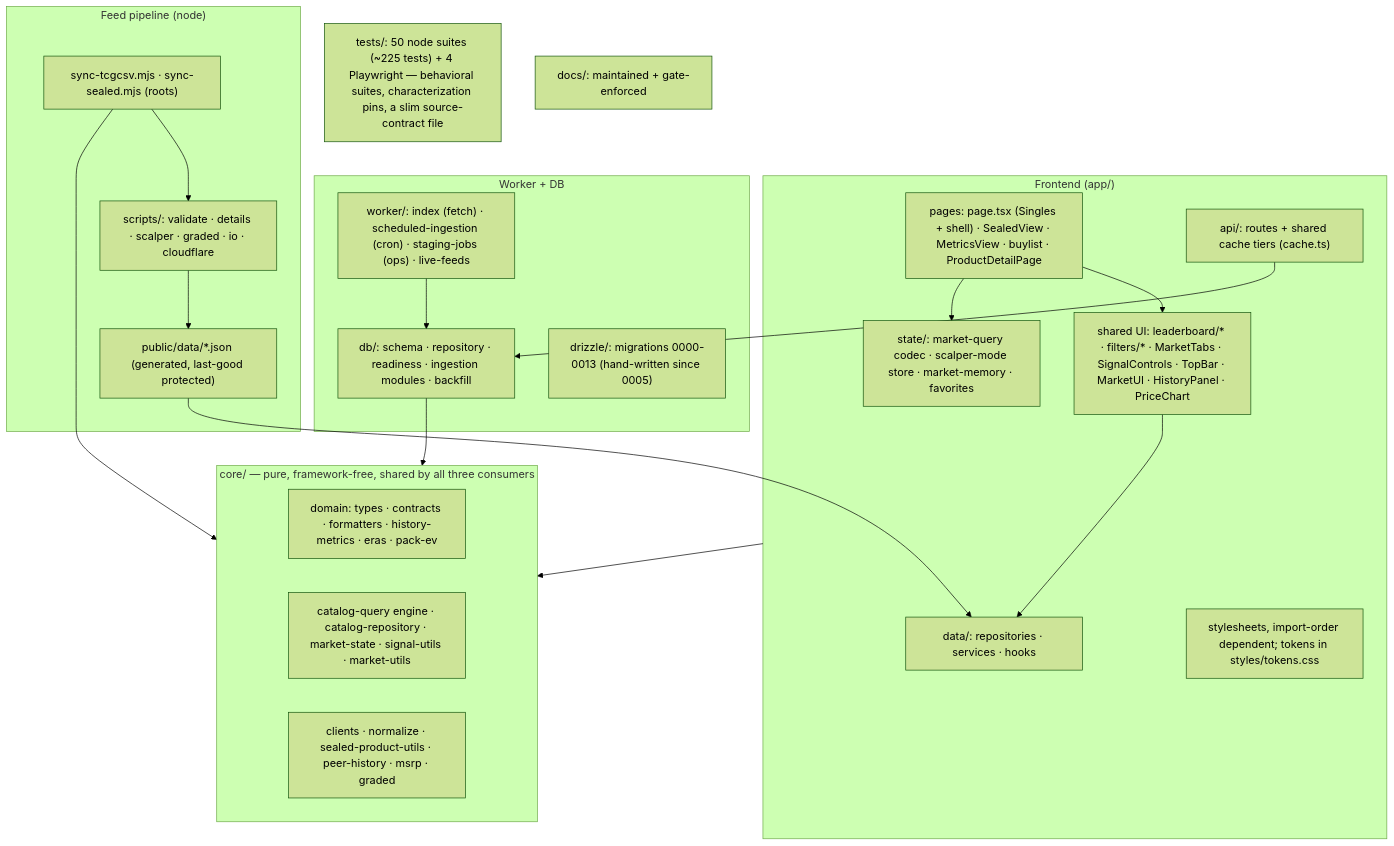
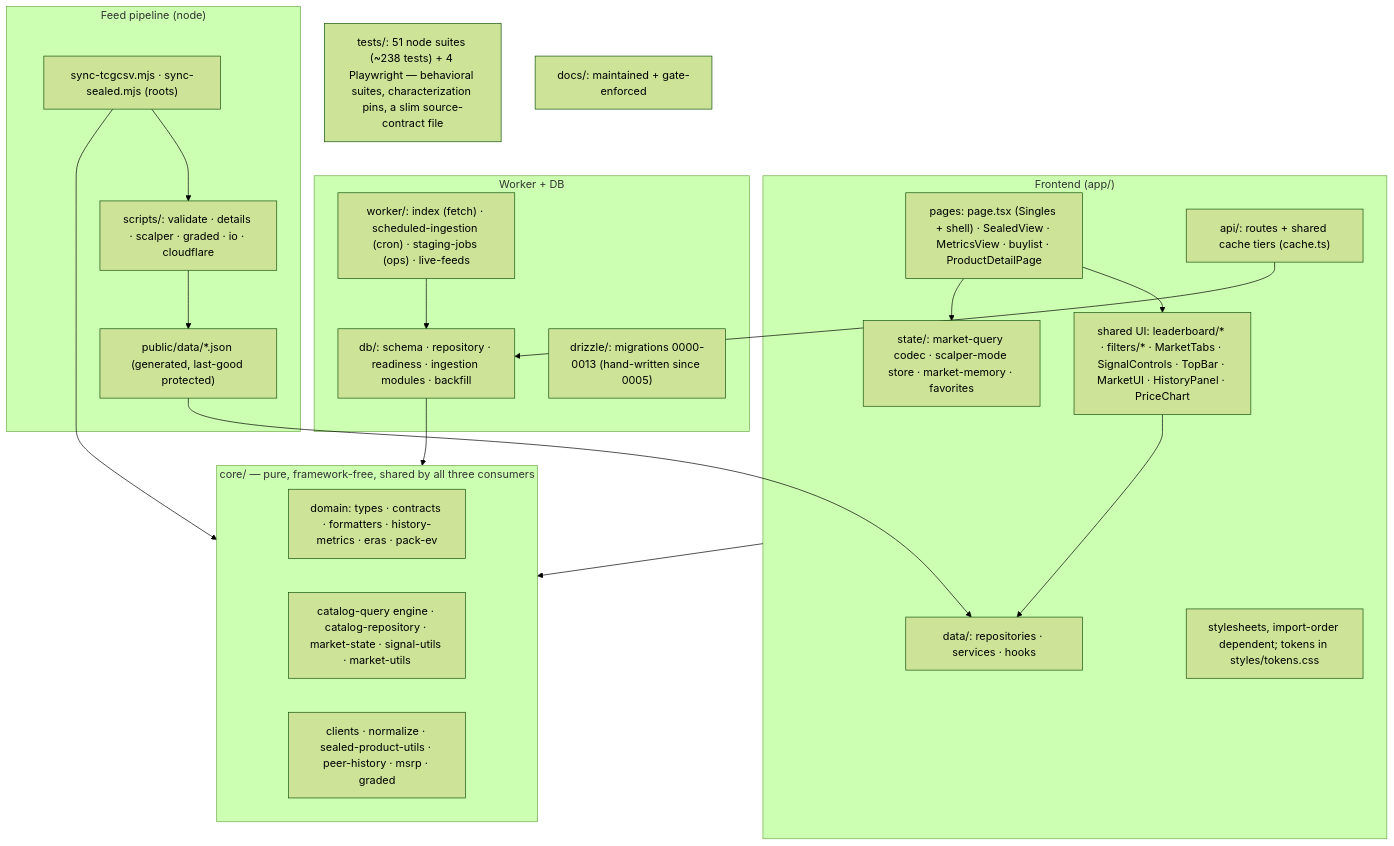
One commit to cjord/rawsignal changed the first of 3 diagrams in docs/helicopter-view.md. Above: the diagram before and after it, drawn with Mermaid (forest theme). The commit also changed other lines of this file and 7 other files, not shown here.

````diff
--- a/docs/helicopter-view.md
+++ b/docs/helicopter-view.md
@@ -19,38 +19,38 @@
 ```mermaid
 flowchart TB
   subgraph frontend["Frontend (app/)"]
     pages["pages: page.tsx (Singles + shell) · SealedView · MetricsView · buylist · ProductDetailPage"]
     prims["shared UI: leaderboard/* · filters/* · MarketTabs · SignalControls · TopBar · MarketUI · HistoryPanel · PriceChart"]
     state["state/: market-query codec · scalper-mode store · market-memory · favorites"]
     dataL["data/: repositories · services · hooks"]
     api["api/: routes + shared cache tiers (cache.ts)"]
     css["stylesheets, import-order dependent; tokens in styles/tokens.css"]
   end
   subgraph core["core/ — pure, framework-free, shared by all three consumers"]
     domain["domain: types · contracts · formatters · history-metrics · eras · pack-ev"]
     engine["catalog-query engine · catalog-repository · market-state · signal-utils · market-utils"]
     pipe["clients · normalize · sealed-product-utils · peer-history · msrp · graded"]
   end
   subgraph backend["Worker + DB"]
     worker["worker/: index (fetch) · scheduled-ingestion (cron) · staging-jobs (ops) · live-feeds"]
     db["db/: schema · repository · readiness · ingestion modules · backfill"]
     drizzle["drizzle/: migrations 0000-0013 (hand-written since 0005)"]
   end
   subgraph pipeline["Feed pipeline (node)"]
     sync["sync-tcgcsv.mjs · sync-sealed.mjs (roots)"]
     scripts["scripts/: validate · details · scalper · graded · io · cloudflare"]
     feeds["public/data/*.json (generated, last-good protected)"]
   end
-  tests["tests/: 50 node suites (~225 tests) + 4 Playwright — behavioral suites, characterization pins, a slim source-contract file"]
+  tests["tests/: 51 node suites (~238 tests) + 4 Playwright — behavioral suites, characterization pins, a slim source-contract file"]
   docs["docs/: maintained + gate-enforced"]
 
   pages --> prims --> dataL
   pages --> state
   frontend --> core
   api --> db
   worker --> db
   db --> core
   sync --> scripts --> feeds
   sync --> core
   feeds --> dataL
 ```
````
